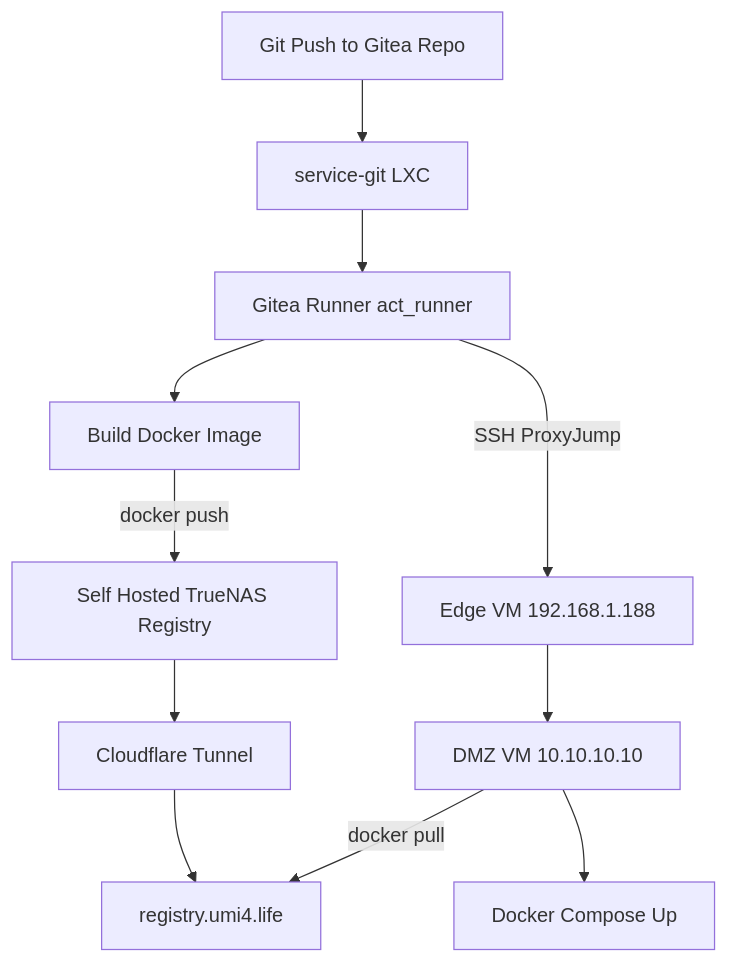
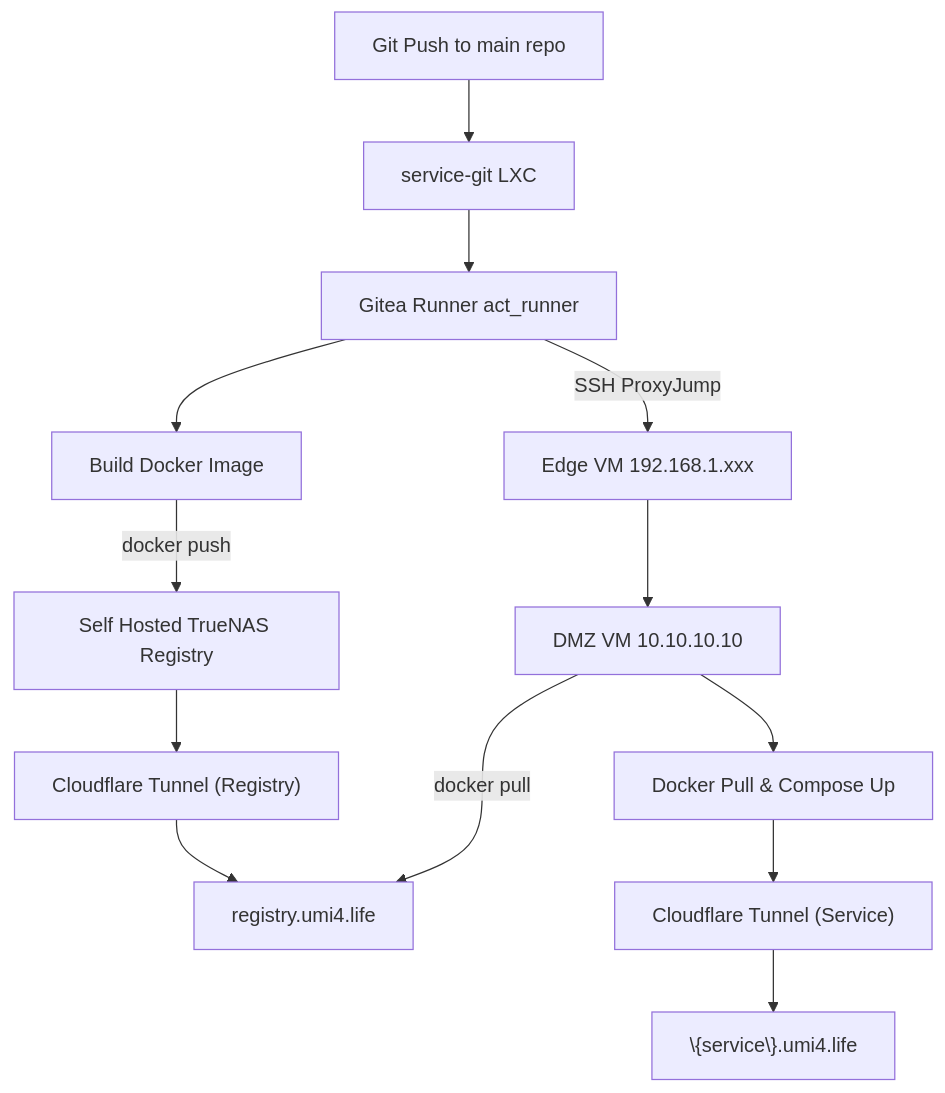
The third of 3 diagrams in content/posts/building-proxmox-homelab/index.md (Umi4Life/umi4.life), drawn with Mermaid before and after one commit. The commit also changed other lines of this file, not shown here.

````diff
--- a/content/posts/building-proxmox-homelab/index.md
+++ b/content/posts/building-proxmox-homelab/index.md
@@ -285,32 +308,36 @@
 ```mermaid
 flowchart TD
 
-    A["Git Push to Gitea Repo"]
+    A["Git Push to main repo"]
 
     B["service-git LXC"]
     C["Gitea Runner act_runner"]
 
     D["Build Docker Image"]
     E["Self Hosted TrueNAS Registry"]
-    F["Cloudflare Tunnel"]
+    F["Cloudflare Tunnel (Registry)"]
     G["registry.umi4.life"]
 
-    H["Edge VM 192.168.1.188"]
+    H["Edge VM 192.168.1.xxx"]
     I["DMZ VM 10.10.10.10"]
-    J["Docker Compose Up"]
+    J["Docker Pull & Compose Up"]
+    K["Cloudflare Tunnel (Service)"]
+    L["\{service\}.umi4.life"]
 
     A --> B
     B --> C
 
     C --> D
     D -->|docker push| E
 
     E --> F
     F --> G
 
     C -->|SSH ProxyJump| H
     H --> I
 
     I -->|docker pull| G
     I --> J
+    J --> K
+    K --> L
 ```
````
